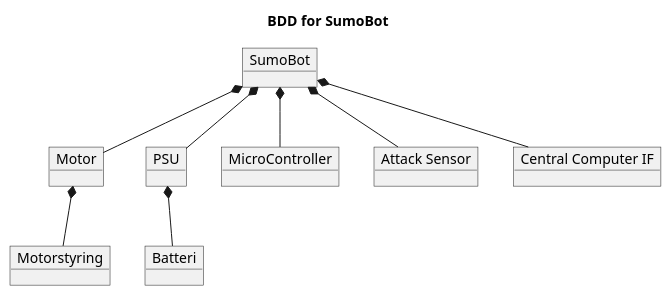
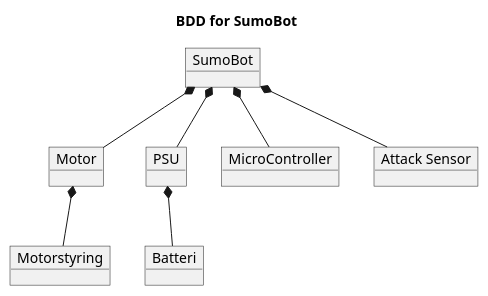
Before and after one commit to Solvgraa-mager/E3PRJ3: the diagram in Diagrammer/SumoBot/SumoBot_Bdd/SumoBot.puml, drawn with PlantUML. The commit also changed 2 other files, not shown here.

```diff
--- a/Diagrammer/SumoBot/SumoBot_Bdd/SumoBot.puml
+++ b/Diagrammer/SumoBot/SumoBot_Bdd/SumoBot.puml
@@ -1,23 +1,21 @@
 @startuml
 skinparam BackgroundColor transparent
 
 title BDD for SumoBot
 
 object "SumoBot" as SumoBot
 object "Motor" as Motor
 object "Motorstyring" as Motorstyring
 object "PSU" as PSU
 object "Batteri" as Batteri
 object "MicroController" as muc_SumoBot
 object "Attack Sensor" as AttackSensor
-object "Central Computer IF" as central_computer_IF
 
 SumoBot *-- Motor
   Motor *-- Motorstyring
 SumoBot *-- PSU
   PSU *-- Batteri
 SumoBot *-- muc_SumoBot
 SumoBot *-- AttackSensor
-SumoBot *-- central_computer_IF
 
 @enduml
```
